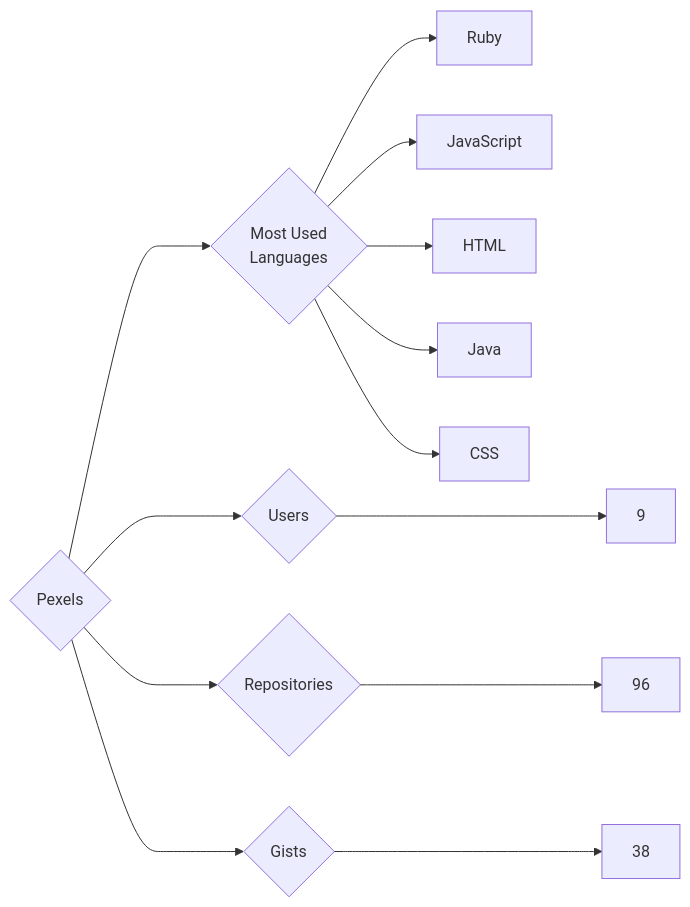
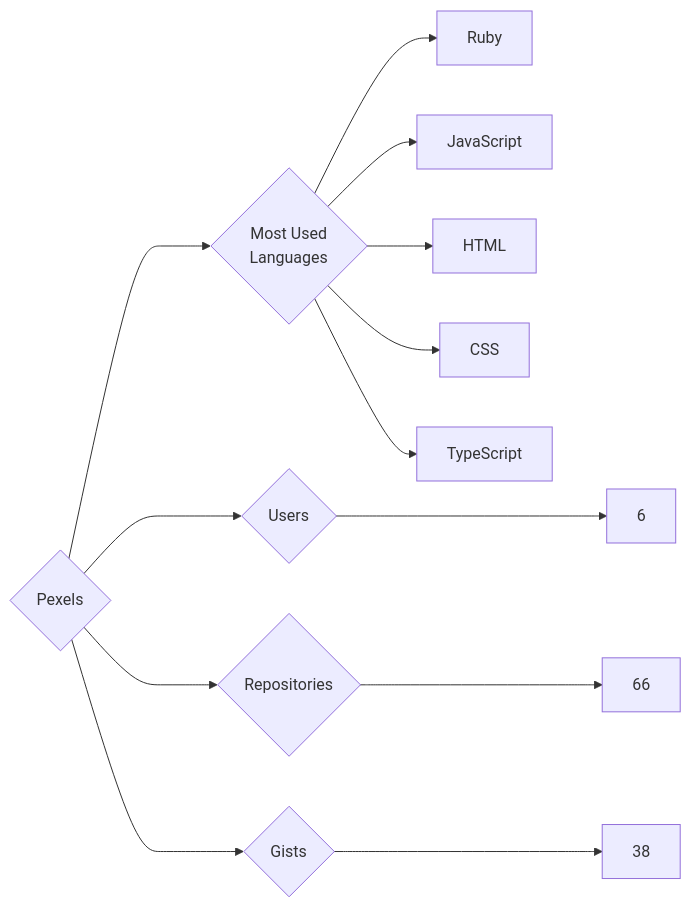
The diagram in targets/Pexels/README.md (trickest/insiders), drawn with Mermaid before and after one commit. The commit also changed 728 other files, not shown here.

````diff
--- a/targets/Pexels/README.md
+++ b/targets/Pexels/README.md
@@ -3,13 +3,13 @@
 ```mermaid
 graph LR
 COMPANY_NAME{Pexels}
-COMPANY_NAME ---> U{Users} ---> UN[9]
-COMPANY_NAME ---> R{Repositories} ---> RN[96]
+COMPANY_NAME ---> U{Users} ---> UN[6]
+COMPANY_NAME ---> R{Repositories} ---> RN[66]
 COMPANY_NAME ---> G{Gists} ---> GN[38]
 COMPANY_NAME ---> ML{Most Used<br>Languages}
 ML --> Ruby[Ruby]
 ML --> JavaScript[JavaScript]
 ML --> HTML[HTML]
-ML --> Java[Java]
 ML --> CSS[CSS]
+ML --> TypeScript[TypeScript]
 ```
````
